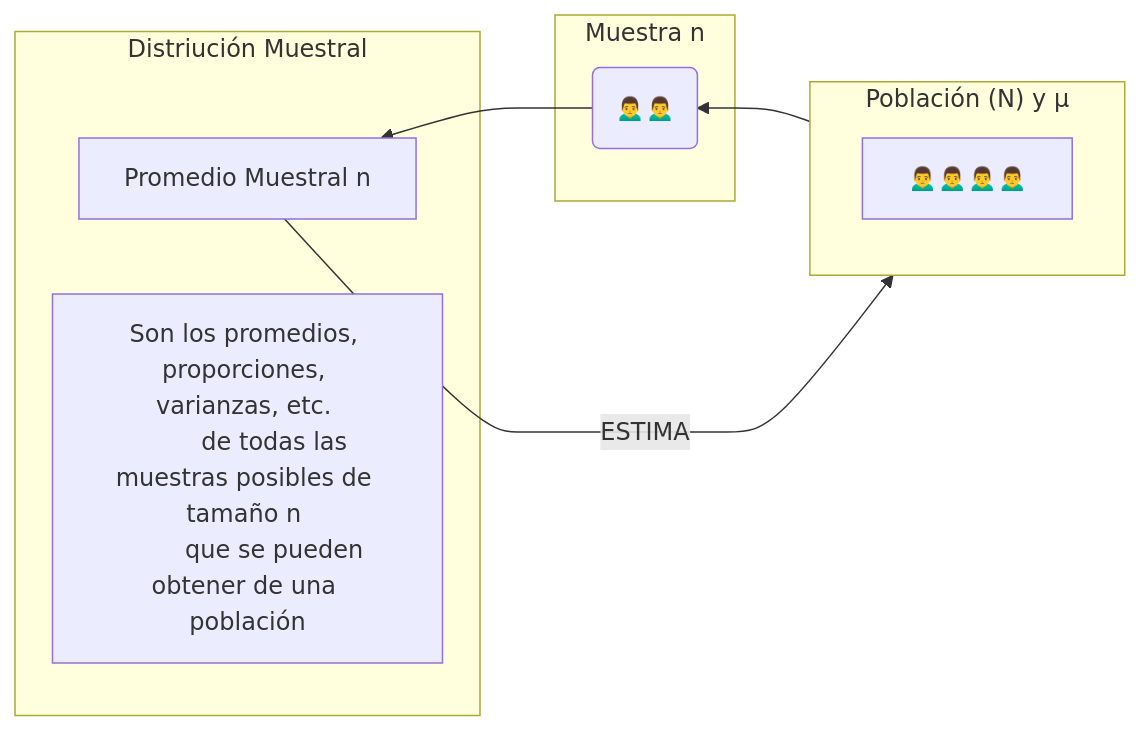
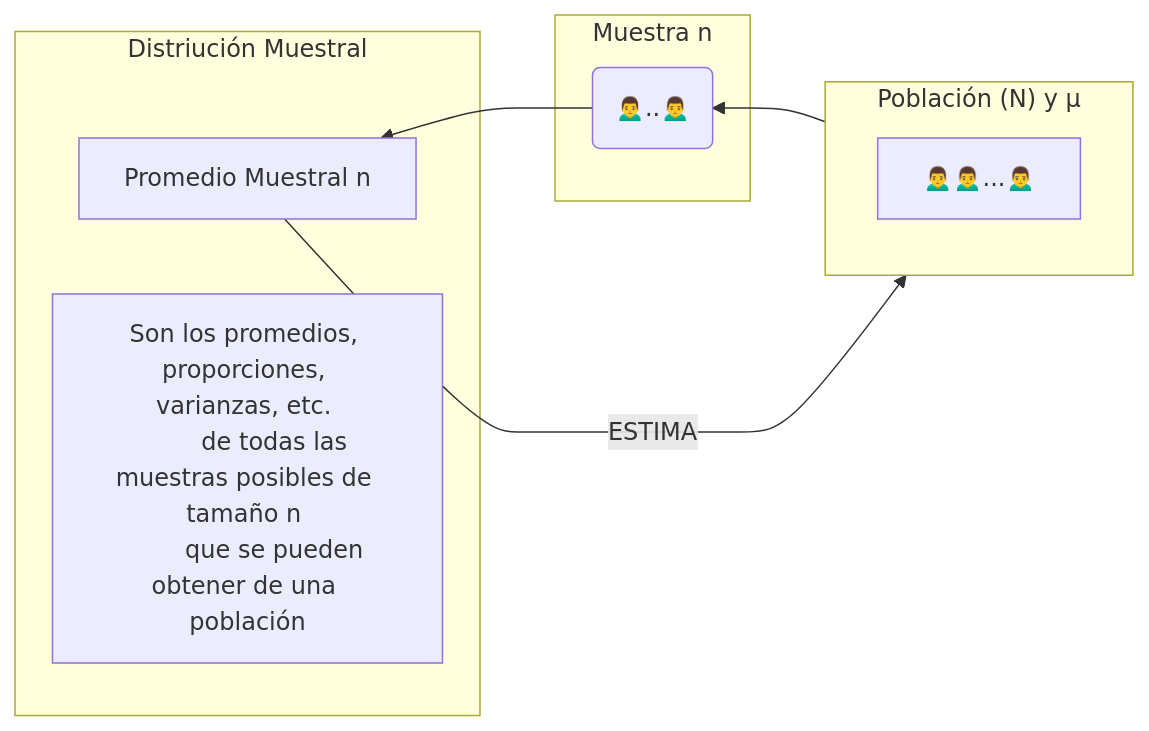
One commit to Flavio-Ore/Estadistica-Inferencial-Apuntes changed the fourth of 4 diagrams in estadistica-inferencial.md. Above: the diagram before and after it, drawn with Mermaid. The commit also changed other lines of this file, not shown here.

````diff
--- a/estadistica-inferencial.md
+++ b/estadistica-inferencial.md
@@ -384,24 +386,24 @@
 ```mermaid
 flowchart RL
 
 subgraph Población["Población (N) y &mu;"]
     población["
-        🙍‍♂️🙍‍♂️🙍‍♂️🙍‍♂️
+        🙍‍♂️🙍‍♂️...🙍‍♂️
     "]
 end
 
 subgraph muestran["Muestra n"]
-    n_k("🙍‍♂️🙍‍♂️")
+    n_k("🙍‍♂️..🙍‍♂️")
 end
 
 subgraph distribucion["Distriución Muestral"]
     promediok["Promedio Muestral n"]
     DI["
         Son los promedios, proporciones, varianzas, etc. 
         de todas las muestras posibles de tamaño n 
         que se pueden obtener de una población
     "]
 end 
 
 n_k --> promediok -- "ESTIMA" --> Población --> n_k
 ```
````
